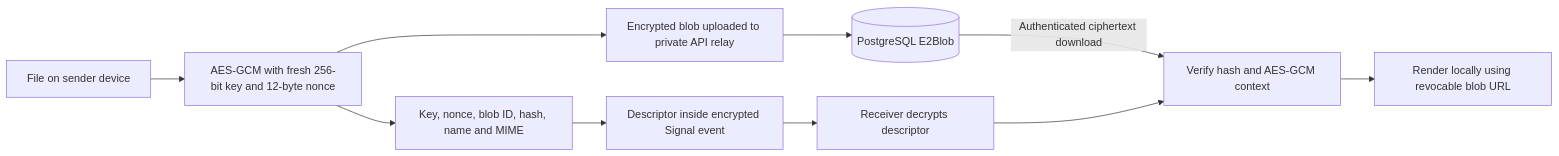
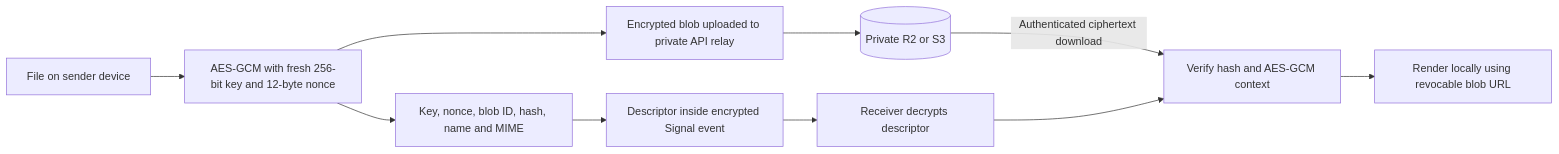
Before and after one commit to kwonnet/kwonserver: the fifth of 6 diagrams in docs/e2ee-messaging-implementation.md, drawn with Mermaid. The commit also changed other lines of this file and 37 other files, not shown here.

````diff
--- a/docs/e2ee-messaging-implementation.md
+++ b/docs/e2ee-messaging-implementation.md
@@ -135,11 +135,11 @@
 ```mermaid
 flowchart LR
   FILE[File on sender device] --> AES[AES-GCM with fresh 256-bit key and 12-byte nonce]
   AES --> BLOB[Encrypted blob uploaded to private API relay]
-  BLOB --> STORE[(PostgreSQL E2Blob)]
+  BLOB --> STORE[(Private R2 or S3)]
   AES --> SECRET[Key, nonce, blob ID, hash, name and MIME]
   SECRET --> SIGNAL[Descriptor inside encrypted Signal event]
   SIGNAL --> RECV[Receiver decrypts descriptor]
   STORE -->|Authenticated ciphertext download| CHECK[Verify hash and AES-GCM context]
   RECV --> CHECK --> MEDIA[Render locally using revocable blob URL]
 ```
````
